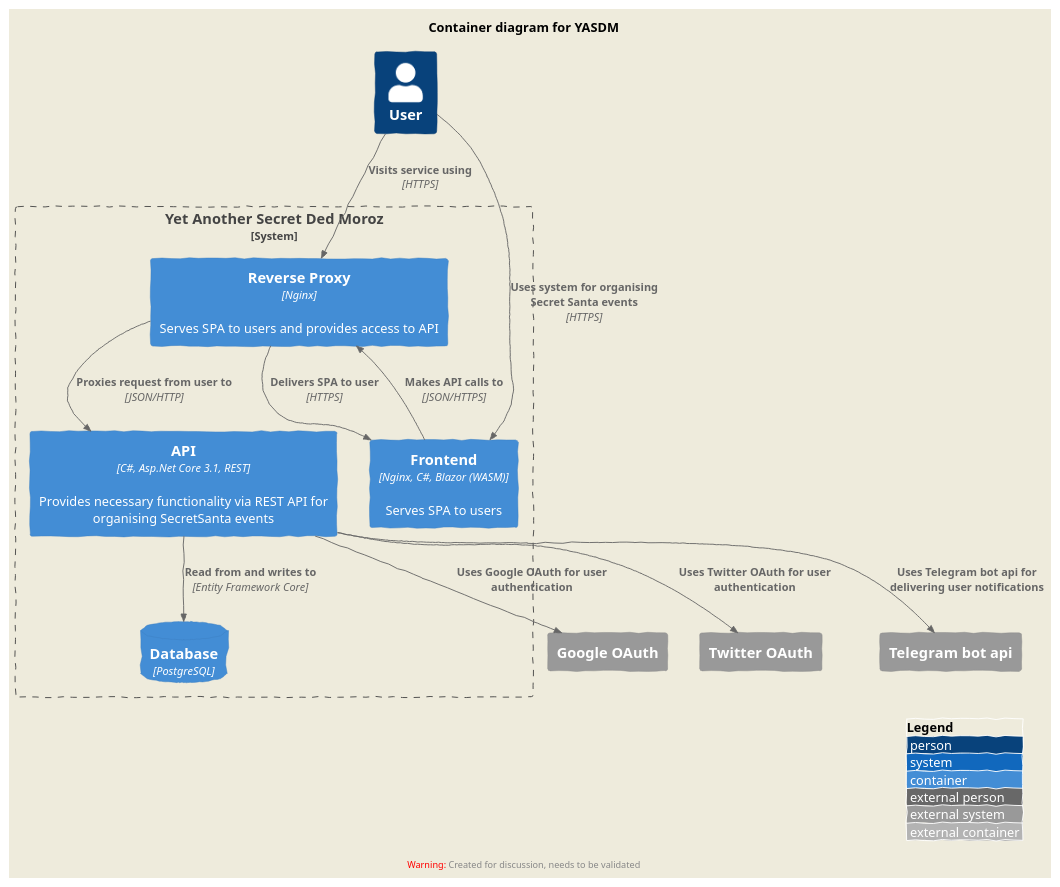
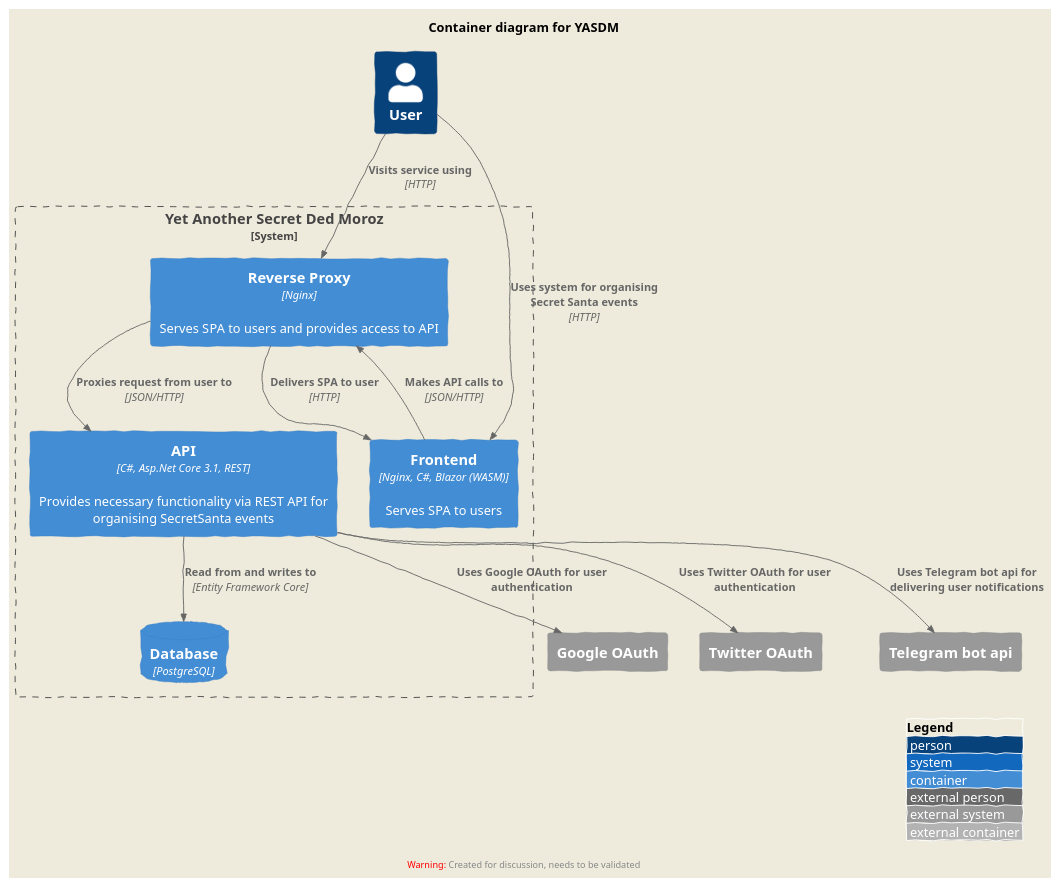
One commit to stardreamer/yasdm changed the diagram in docs/yasdm-container-design.puml. Above: the diagram before and after it, drawn with PlantUML.

Commit message:
Container level diagramm was update

```diff
--- a/docs/yasdm-container-design.puml
+++ b/docs/yasdm-container-design.puml
@@ -1,39 +1,39 @@
 @startuml yasdm-container-design
 !include include/C4_Container.puml
 
 skinparam wrapWidth 350
 skinparam maxMessageSize 200
 
 title Container diagram for YASDM
 
 LAYOUT_WITH_LEGEND()
 'LAYOUT_LEFT_RIGHT
 LAYOUT_AS_SKETCH()
 
 Person(user, "User")
 
 System_Boundary(yasdm, "Yet Another Secret Ded Moroz") {
     Container(reverse_proxy, "Reverse Proxy", "Nginx", "Serves SPA to users and provides access to API")
     Container(web_app, "Frontend", "Nginx, C#, Blazor (WASM)", "Serves SPA to users")
     Container(api,"API", "C#, Asp.Net Core 3.1, REST", "Provides necessary functionality via REST API for organising SecretSanta events")
     ContainerDb(db, "Database", "PostgreSQL", "")
     
 }
 
 
 System_Ext(goauth, "Google OAuth")
 System_Ext(twoauth, "Twitter OAuth")
 System_Ext(tbot, "Telegram bot api")
 
 
-Rel(user, reverse_proxy, "Visits service using", "HTTPS")
-Rel(reverse_proxy, web_app, "Delivers SPA to user", "HTTPS")
-Rel(user, web_app, "Uses system for organising Secret Santa events", "HTTPS")
-Rel(web_app, reverse_proxy, "Makes API calls to", "JSON/HTTPS")
+Rel(user, reverse_proxy, "Visits service using", "HTTP")
+Rel(reverse_proxy, web_app, "Delivers SPA to user", "HTTP")
+Rel(user, web_app, "Uses system for organising Secret Santa events", "HTTP")
+Rel(web_app, reverse_proxy, "Makes API calls to", "JSON/HTTP")
 Rel(reverse_proxy, api, "Proxies request from user to", "JSON/HTTP")
 Rel(api, db, "Read from and writes to", "Entity Framework Core")
 Rel(api, goauth, "Uses Google OAuth for user authentication")
 Rel(api, twoauth, "Uses Twitter OAuth for user authentication")
 Rel(api, tbot, "Uses Telegram bot api for delivering user notifications")
 
 @enduml
```
